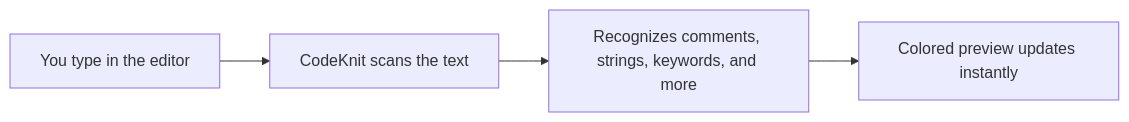
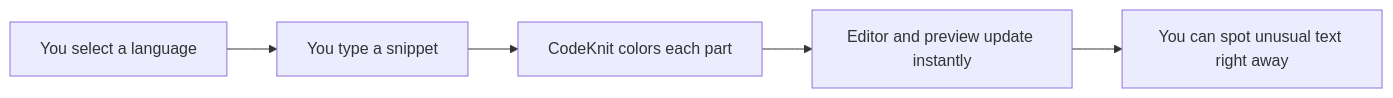
One commit to Mohita111/API2 changed the diagram in api2-documentation/plan_2026-11-02_f8890e/user-facing-docs/syntax-highlighting.md. Above: the diagram before and after it, drawn with Mermaid. The commit also changed other lines of this file and 11 other files, not shown here.

````diff
--- a/api2-documentation/plan_2026-11-02_f8890e/user-facing-docs/syntax-highlighting.md
+++ b/api2-documentation/plan_2026-11-02_f8890e/user-facing-docs/syntax-highlighting.md
@@ -17,6 +19,7 @@
 ```mermaid
 graph LR
-    A[You type in the editor] --> B[CodeKnit scans the text]
-    B --> C["Recognizes comments, strings, keywords, and more"]
-    C --> D[Colored preview updates instantly]
+  A[You select a language] --> B[You type a snippet]
+  B --> C[CodeKnit colors each part]
+  C --> D[Editor and preview update instantly]
+  D --> E[You can spot unusual text right away]
 ```
````
